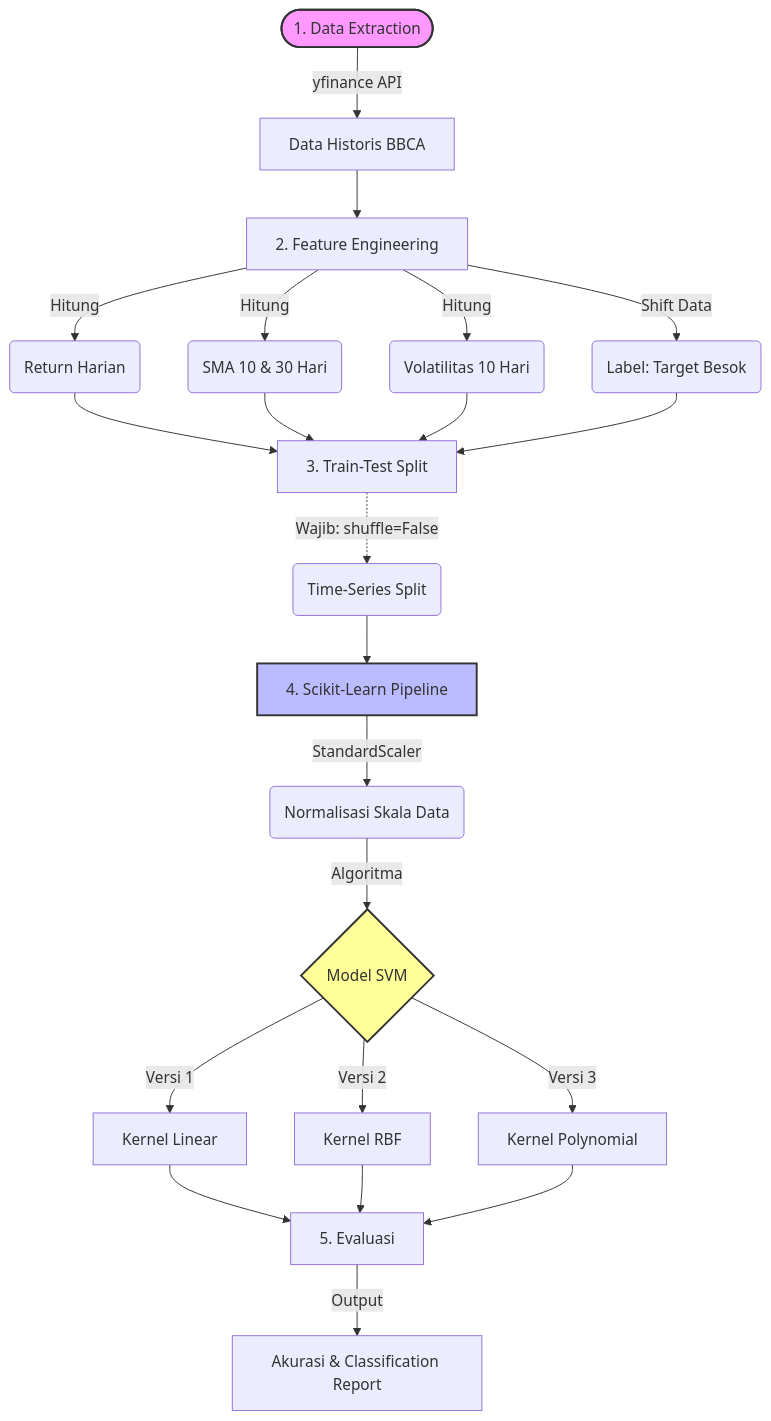
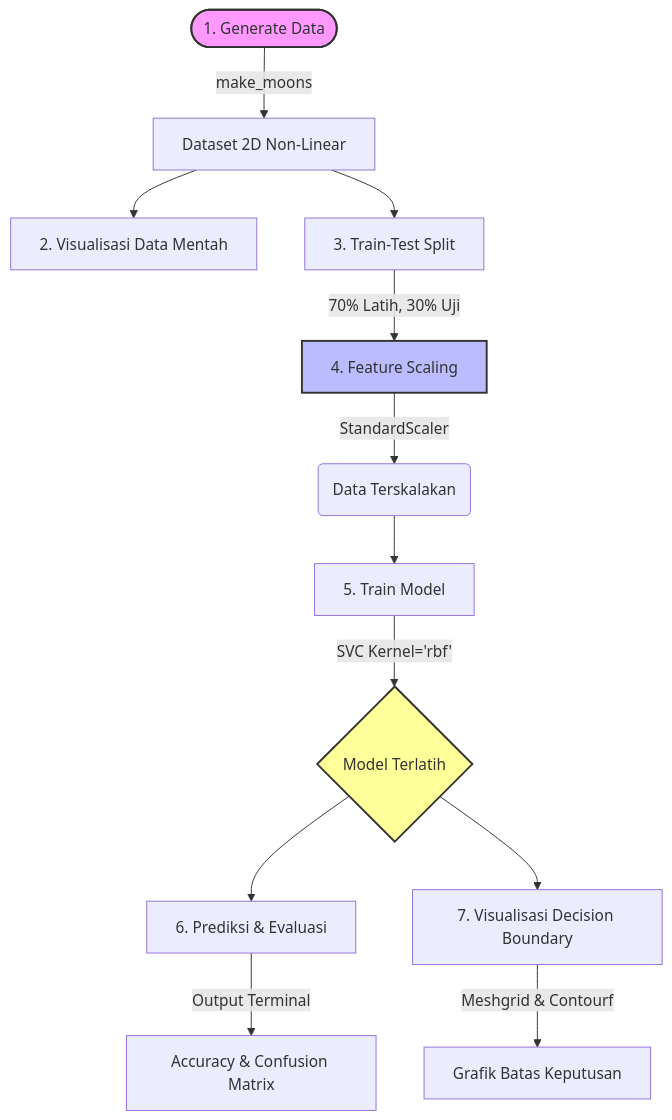
Before and after one commit to forgetallyourworries/Machine-Learning-Actuarial-UB: the second of 2 diagrams in README.md, drawn with Mermaid. The commit also changed other lines of this file, not shown here.

````diff
--- a/README.md
+++ b/README.md
@@ -110,28 +100,23 @@
 ```mermaid
 graph TD
-    A([1. Data Extraction]) -->|yfinance API| B[Data Historis BBCA]
+    A([1. Generate Data]) -->|make_moons| B[Dataset 2D Non-Linear]
+    B --> C[2. Visualisasi Data Mentah]
     
-    B --> C[2. Feature Engineering]
-    C -->|Hitung| C1(Return Harian)
-    C -->|Hitung| C2(SMA 10 & 30 Hari)
-    C -->|Hitung| C3(Volatilitas 10 Hari)
-    C -->|Shift Data| C4(Label: Target Besok)
+    B --> D[3. Train-Test Split]
+    D -->|70% Latih, 30% Uji| E[4. Feature Scaling]
     
-    C1 & C2 & C3 & C4 --> D[3. Train-Test Split]
-    D -.->|Wajib: shuffle=False| D1(Time-Series Split)
+    E -->|StandardScaler| F(Data Terskalakan)
     
-    D1 --> E[4. Scikit-Learn Pipeline]
-    E -->|StandardScaler| F(Normalisasi Skala Data)
-    F -->|Algoritma| G{Model SVM}
+    F --> G[5. Train Model]
+    G -->|SVC Kernel='rbf'| H{Model Terlatih}
     
-    G -->|Versi 1| H1[Kernel Linear]
-    G -->|Versi 2| H2[Kernel RBF]
-    G -->|Versi 3| H3[Kernel Polynomial]
+    H --> I[6. Prediksi & Evaluasi]
+    I -->|Output Terminal| J[Accuracy & Confusion Matrix]
     
-    H1 & H2 & H3 --> I[5. Evaluasi]
-    I -->|Output| J[Akurasi & Classification Report]
+    H --> K[7. Visualisasi Decision Boundary]
+    K -->|Meshgrid & Contourf| L[Grafik Batas Keputusan]
     
     style A fill:#f9f,stroke:#333,stroke-width:2px
-    style G fill:#ff9,stroke:#333,stroke-width:2px
+    style H fill:#ff9,stroke:#333,stroke-width:2px
     style E fill:#bbf,stroke:#333,stroke-width:2px
 ```
````
